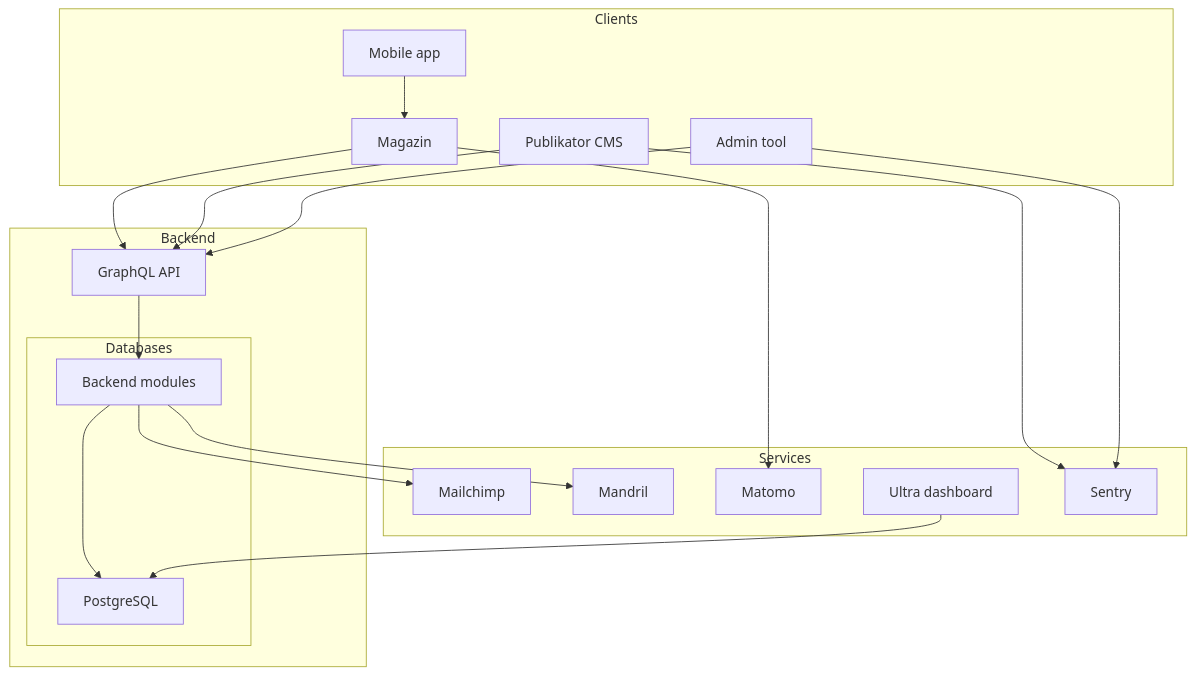
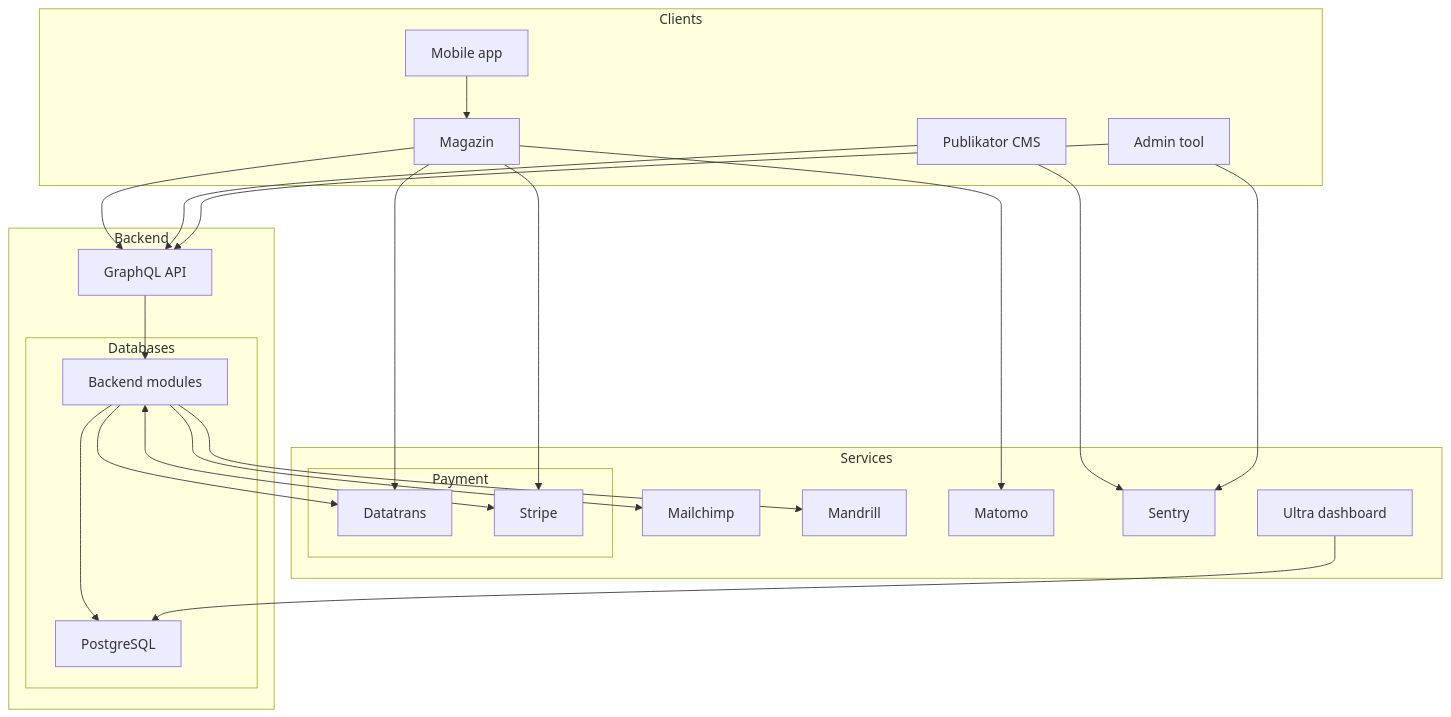
The diagram in docs/pages/software/architecture.md (republik/plattform), drawn with Mermaid before and after one commit. The commit also changed other lines of this file and 2 other files, not shown here.

Commit message:
docs: add draft datatrans payment architecture

````diff
--- a/docs/pages/software/architecture.md
+++ b/docs/pages/software/architecture.md
@@ -5,42 +5,53 @@
 ```mermaid
 graph TD;
   subgraph Clients [Clients]
-  APP[Mobile app];
-  MAGAZIN[Magazin];
-  PUBLIKATOR[Publikator CMS];
-  ADMIN[Admin tool];
-  APP --> MAGAZIN;
+    APP[Mobile app];
+    MAGAZIN[Magazin];
+    PUBLIKATOR[Publikator CMS];
+    ADMIN[Admin tool];
+    APP --> MAGAZIN;
   end
 
   subgraph Backend [Backend]
     API[GraphQL API];
     BACKEND_MODULES[Backend modules];
     API --> BACKEND_MODULES;
     MAGAZIN --> API;
     PUBLIKATOR --> API;
     ADMIN --> API;
 
     subgraph Databases [Databases]
       DB[PostgreSQL];
       BACKEND_MODULES --> DB;
     end
 
   end
 
   subgraph Services [Services]
     MAILCHIMP[Mailchimp];
-    MANDRIL[Mandril];
+    MANDRILL[Mandrill];
     MATOMO[Matomo];
     ULTRA[Ultra dashboard];
     SENTRY[Sentry];
 
     BACKEND_MODULES --> MAILCHIMP;
-    BACKEND_MODULES --> MANDRIL;
+    BACKEND_MODULES --> MANDRILL;
 
     MAGAZIN --> MATOMO;
     PUBLIKATOR --> SENTRY;
     ADMIN --> SENTRY;
 
     ULTRA --> DB;
+
+    subgraph Payment [Payment]
+      DATATRANS[Datatrans];
+      STRIPE[Stripe];
+
+      BACKEND_MODULES --> DATATRANS;
+      BACKEND_MODULES <--> STRIPE;
+
+      MAGAZIN --> DATATRANS;
+      MAGAZIN --> STRIPE;
+    end
   end
 ```
````
